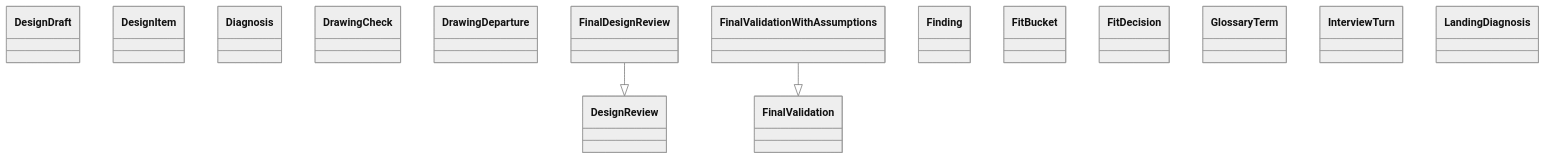
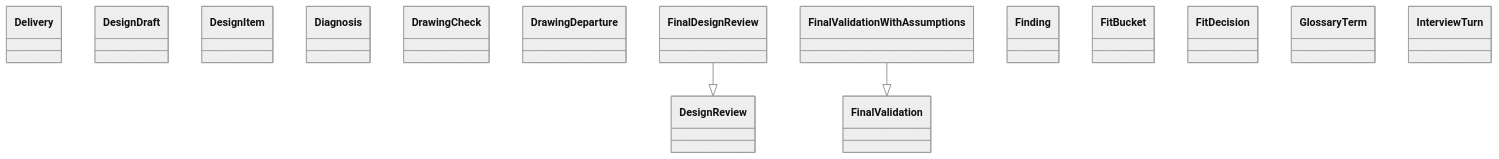
One commit to GonzaloZevallos/agentic-system changed the diagram in docs/architecture/generated/classes-process-domain-roles-3.md. Above: the diagram before and after it, drawn with Mermaid (neutral theme). The commit also changed other lines of this file and 4 other files, not shown here.

Commit message:
Regenerate the architecture docs for the definition sizer and the moved predicate

````diff
--- a/docs/architecture/generated/classes-process-domain-roles-3.md
+++ b/docs/architecture/generated/classes-process-domain-roles-3.md
@@ -32,20 +32,20 @@
 ```mermaid
 classDiagram
+    class schemas__Delivery["Delivery"]
     class schemas__DesignDraft["DesignDraft"]
     class schemas__DesignItem["DesignItem"]
     class schemas__DesignReview["DesignReview"]
     class schemas__Diagnosis["Diagnosis"]
     class schemas__DrawingCheck["DrawingCheck"]
     class schemas__DrawingDeparture["DrawingDeparture"]
     class schemas__FinalDesignReview["FinalDesignReview"]
     class schemas__FinalValidation["FinalValidation"]
     class schemas__FinalValidationWithAssumptions["FinalValidationWithAssumptions"]
     class schemas__Finding["Finding"]
     class schemas__FitBucket["FitBucket"]
     class schemas__FitDecision["FitDecision"]
     class schemas__GlossaryTerm["GlossaryTerm"]
     class schemas__InterviewTurn["InterviewTurn"]
-    class schemas__LandingDiagnosis["LandingDiagnosis"]
     schemas__FinalDesignReview --|> schemas__DesignReview
     schemas__FinalValidationWithAssumptions --|> schemas__FinalValidation
 ```
````
